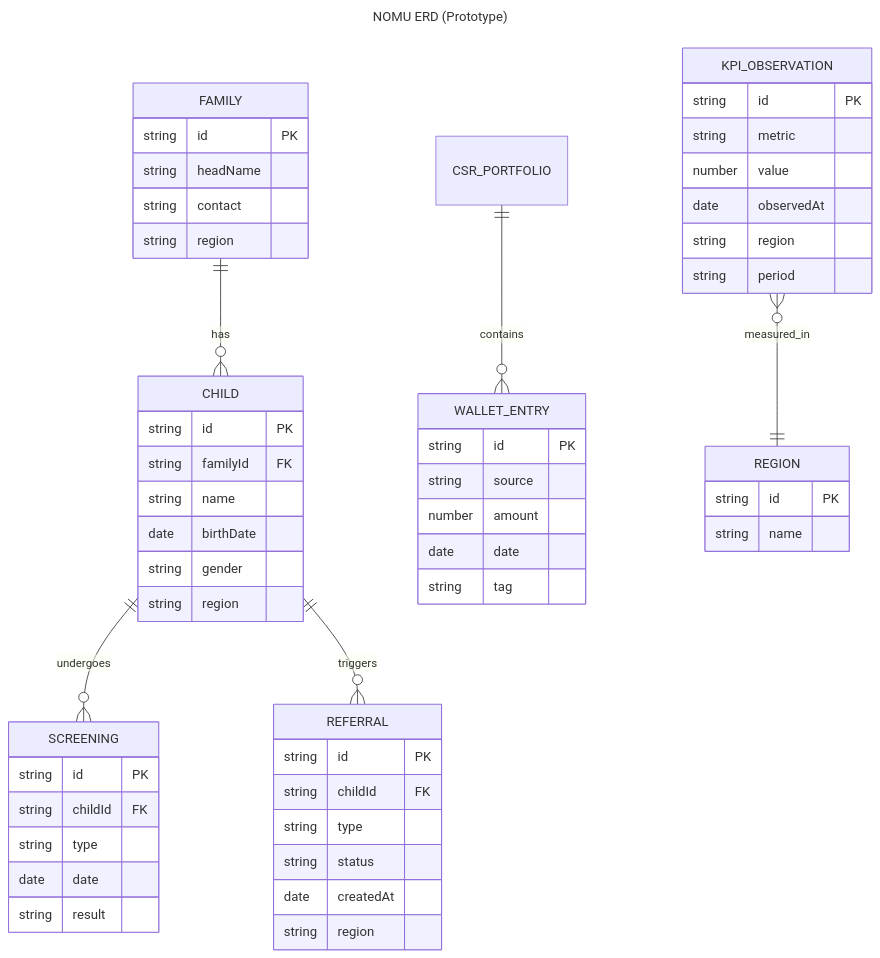
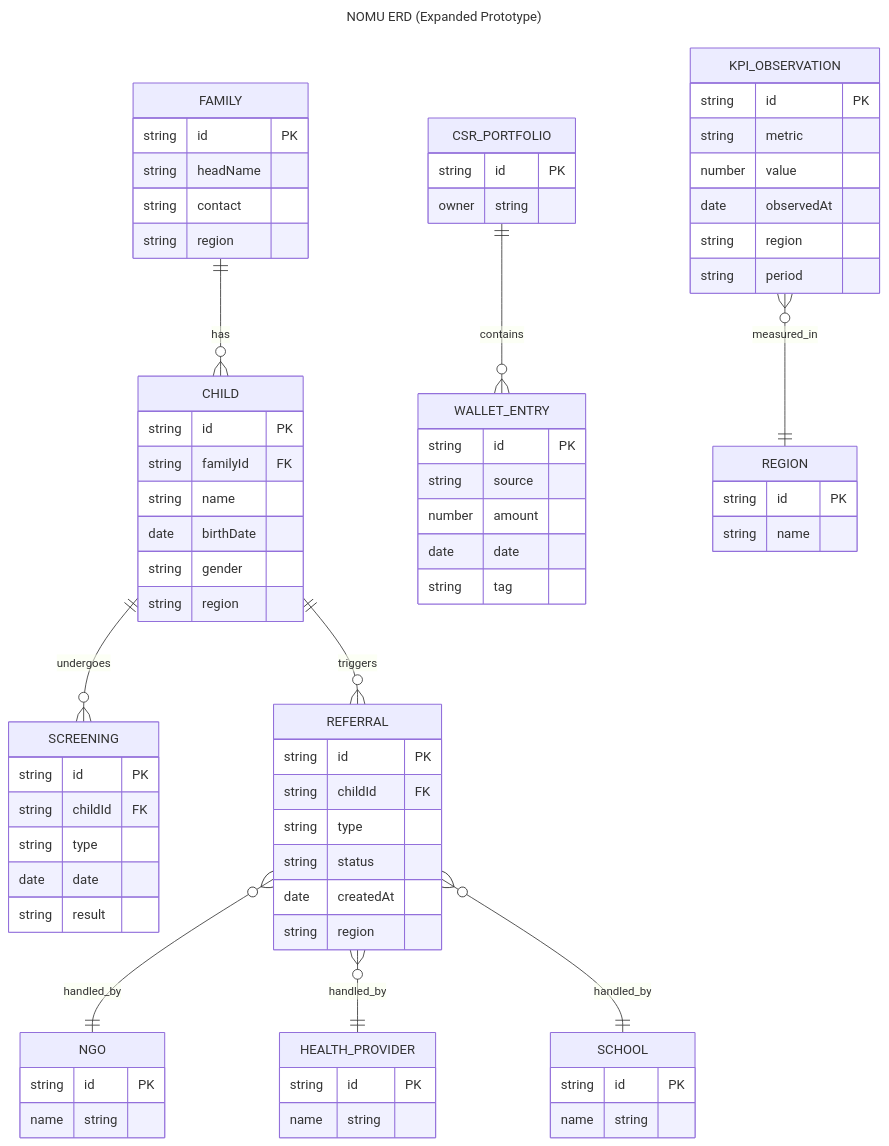
Before and after one commit to hasseef/NOMU: the diagram in erd-nomu.mmd, drawn with Mermaid. The commit also changed 4 other files, not shown here.

```diff
--- a/erd-nomu.mmd
+++ b/erd-nomu.mmd
@@ -1,58 +1,65 @@
 ---
-title: NOMU ERD (Prototype)
+title: NOMU ERD (Expanded Prototype)
 ---
 erDiagram
   FAMILY ||--o{ CHILD : has
   CHILD ||--o{ SCREENING : undergoes
   CHILD ||--o{ REFERRAL : triggers
+  REFERRAL }o--|| NGO : handled_by
+  REFERRAL }o--|| HEALTH_PROVIDER : handled_by
+  REFERRAL }o--|| SCHOOL : handled_by
   CSR_PORTFOLIO ||--o{ WALLET_ENTRY : contains
   KPI_OBSERVATION }o--|| REGION : measured_in
 
   FAMILY {
     string id PK
     string headName
     string contact
     string region
   }
   CHILD {
     string id PK
     string familyId FK
     string name
     date   birthDate
     string gender
     string region
   }
   SCREENING {
     string id PK
     string childId FK
     string type
     date   date
     string result
   }
   REFERRAL {
     string id PK
     string childId FK
     string type
     string status
     date   createdAt
     string region
   }
   WALLET_ENTRY {
     string id PK
     string source
     number amount
     date   date
     string tag
   }
   KPI_OBSERVATION {
     string id PK
     string metric
     number value
     date   observedAt
     string region
     string period
   }
   REGION {
     string id PK
     string name
   }
+  NGO { string id PK name string }
+  HEALTH_PROVIDER { string id PK name string }
+  SCHOOL { string id PK name string }
+  CSR_PORTFOLIO { string id PK owner string }
```
